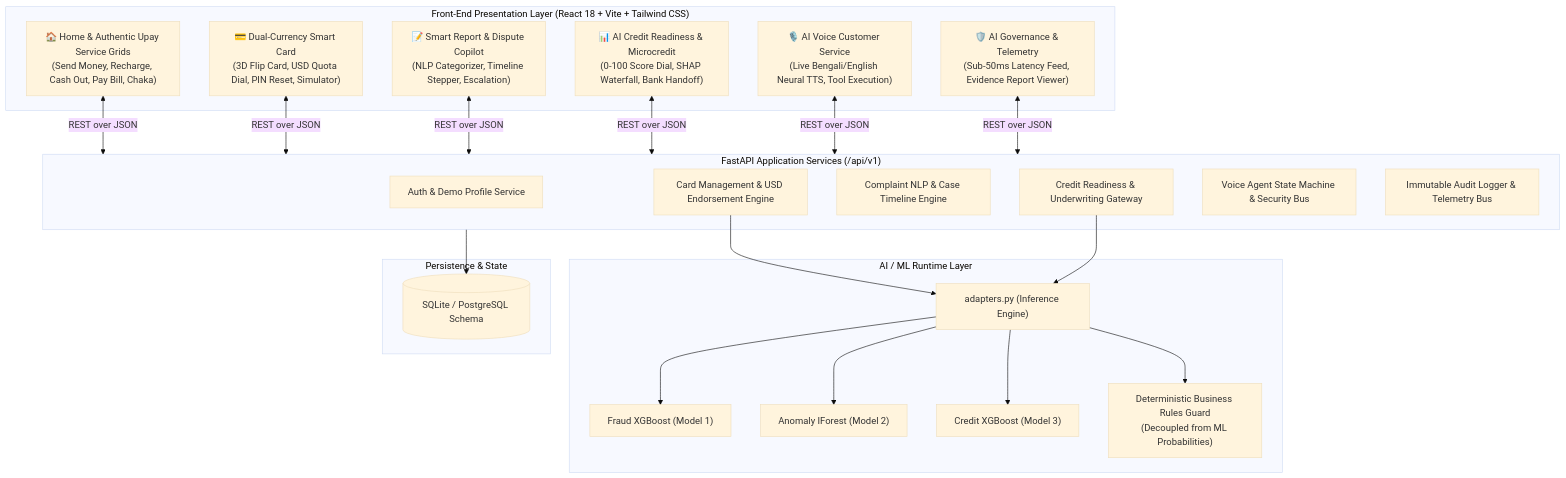
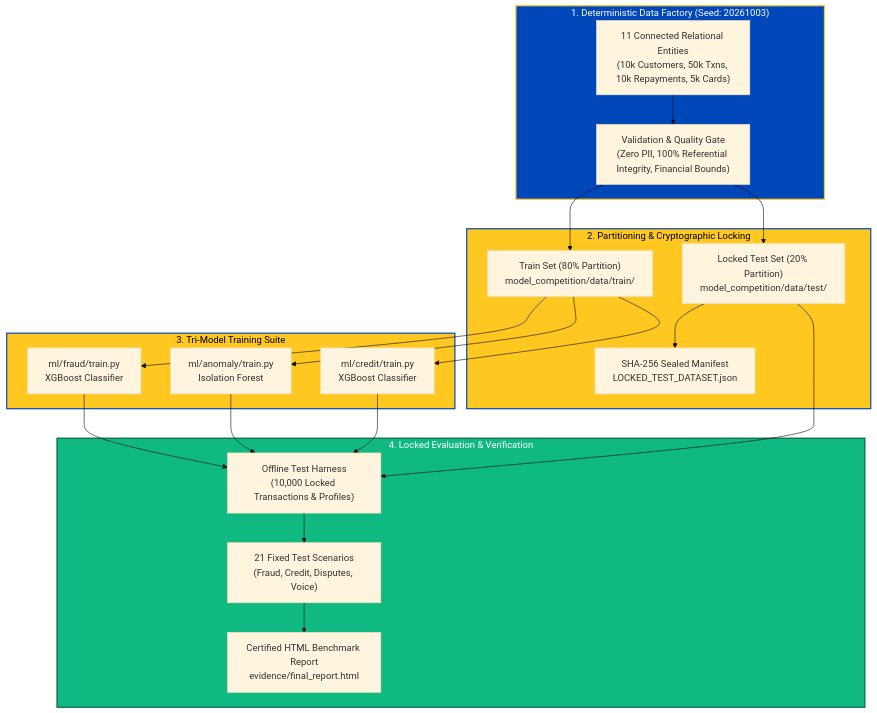
One commit to mrmayan179/Upay_AI_Financial_Intelligence_Platform changed the second of 2 diagrams in README.md. Above: the diagram before and after it, drawn with Mermaid (base theme). The commit also changed other lines of this file, not shown here.

Commit message:
docs: rebuild comprehensive master README with big visual charts, detailed workflows, and competition evidence

````diff
--- a/README.md
+++ b/README.md
@@ -153,38 +154,40 @@
 ```mermaid
-flowchart TD
-    subgraph UI["Front-End Presentation Layer (React 18 + Vite + Tailwind CSS)"]
-        Home["🏠 Home & Authentic Upay Service Grids\n(Send Money, Recharge, Cash Out, Pay Bill, Chaka)"]
-        Card["💳 Dual-Currency Smart Card\n(3D Flip Card, USD Quota Dial, PIN Reset, Simulator)"]
-        Report["📝 Smart Report & Dispute Copilot\n(NLP Categorizer, Timeline Stepper, Escalation)"]
-        Credit["📊 AI Credit Readiness & Microcredit\n(0-100 Score Dial, SHAP Waterfall, Bank Handoff)"]
-        Voice["🎙️ AI Voice Customer Service\n(Live Bengali/English Neural TTS, Tool Execution)"]
-        Audit["🛡️ AI Governance & Telemetry\n(Sub-50ms Latency Feed, Evidence Report Viewer)"]
+flowchart TB
+    subgraph D_FACTORY["1. Deterministic Data Factory (Seed: 20261003)"]
+        RawData["11 Connected Relational Entities\n(10k Customers, 50k Txns, 10k Repayments, 5k Cards)"]
+        SanityGate["Validation & Quality Gate\n(Zero PII, 100% Referential Integrity, Financial Bounds)"]
+        RawData --> SanityGate
     end
 
-    subgraph API["FastAPI Application Services (/api/v1)"]
-        AuthSvc["Auth & Demo Profile Service"]
-        CardSvc["Card Management & USD Endorsement Engine"]
-        ReportSvc["Complaint NLP & Case Timeline Engine"]
-        CreditSvc["Credit Readiness & Underwriting Gateway"]
-        VoiceSvc["Voice Agent State Machine & Security Bus"]
-        AuditSvc["Immutable Audit Logger & Telemetry Bus"]
+    subgraph D_SPLIT["2. Partitioning & Cryptographic Locking"]
+        TrainSet["Train Set (80% Partition)\nmodel_competition/data/train/"]
+        TestSet["Locked Test Set (20% Partition)\nmodel_competition/data/test/"]
+        SHA256["SHA-256 Sealed Manifest\nLOCKED_TEST_DATASET.json"]
+        SanityGate --> TrainSet
+        SanityGate --> TestSet
+        TestSet --> SHA256
     end
 
-    subgraph ML["AI / ML Runtime Layer"]
-        Inference["adapters.py (Inference Engine)"]
-        M_Fraud["Fraud XGBoost (Model 1)"]
-        M_Anomaly["Anomaly IForest (Model 2)"]
-        M_Credit["Credit XGBoost (Model 3)"]
-        Rules["Deterministic Business Rules Guard\n(Decoupled from ML Probabilities)"]
+    subgraph D_TRAIN["3. Tri-Model Training Suite"]
+        T1["ml/fraud/train.py\nXGBoost Classifier"]
+        T2["ml/anomaly/train.py\nIsolation Forest"]
+        T3["ml/credit/train.py\nXGBoost Classifier"]
+        TrainSet --> T1 & T2 & T3
     end
 
-    subgraph DB["Persistence & State"]
-        SqliteDB[(SQLite / PostgreSQL Schema)]
+    subgraph D_EVAL["4. Locked Evaluation & Verification"]
+        OfflineEval["Offline Test Harness\n(10,000 Locked Transactions & Profiles)"]
+        Scenarios["21 Fixed Test Scenarios\n(Fraud, Credit, Disputes, Voice)"]
+        HTMLRep["Certified HTML Benchmark Report\nevidence/final_report.html"]
+        T1 & T2 & T3 --> OfflineEval
+        TestSet --> OfflineEval
+        OfflineEval --> Scenarios --> HTMLRep
     end
 
-    Home & Card & Report & Credit & Voice & Audit <-->|REST over JSON| API
-    CardSvc & CreditSvc --> Inference
-    Inference --> M_Fraud & M_Anomaly & M_Credit
-    Inference --> Rules
-    API --> SqliteDB
+    classDef blueBox fill:#0047BA,stroke:#FFC820,stroke-width:2px,color:#fff;
+    classDef yellowBox fill:#FFC820,stroke:#0047BA,stroke-width:2px,color:#000;
+    classDef greenBox fill:#10B981,stroke:#065F46,stroke-width:2px,color:#fff;
+    class D_FACTORY blueBox;
+    class D_SPLIT,D_TRAIN yellowBox;
+    class D_EVAL greenBox;
 ```
````
